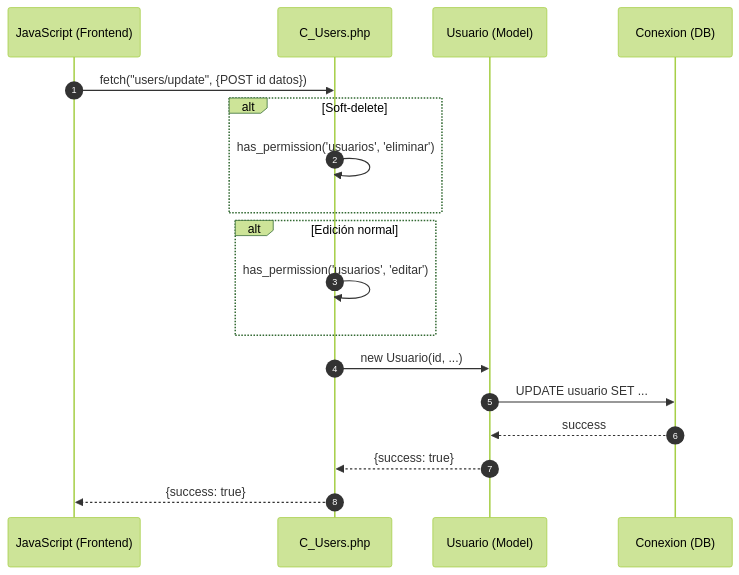
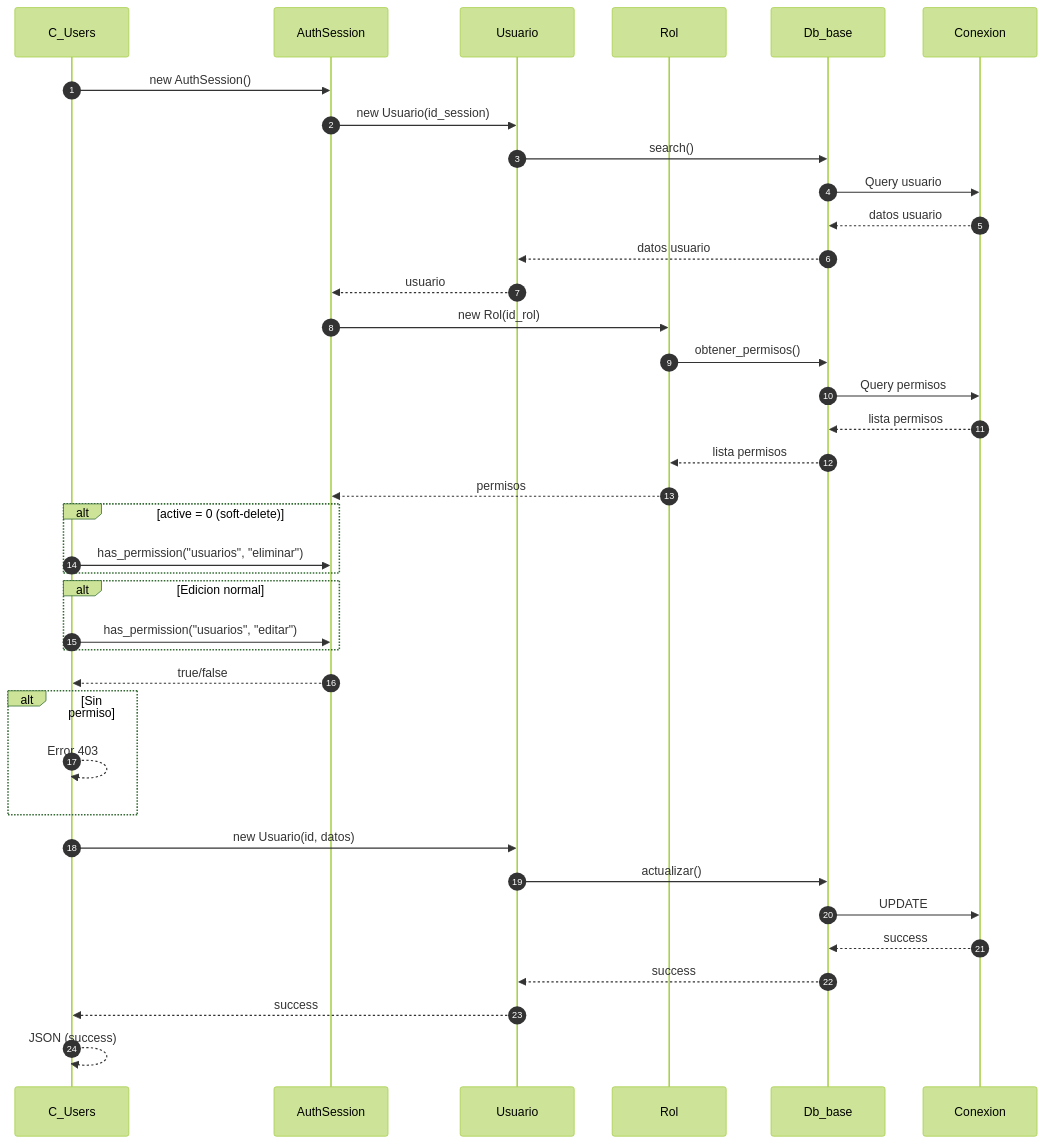
One commit to Tecrato/BurgerHouse changed the third of 6 diagrams in docs/secuencia/usuarios/usuarios.md. Above: the diagram before and after it, drawn with Mermaid (forest theme). The commit also changed other lines of this file and 13 other files, not shown here.

First line of the commit message:
diagramas actualizaos

````diff
--- a/docs/secuencia/usuarios/usuarios.md
+++ b/docs/secuencia/usuarios/usuarios.md
@@ -60,25 +94,48 @@
 ```mermaid
 sequenceDiagram
     autonumber
-    participant JS as JavaScript (Frontend)
-    participant C_Users as C_Users.php
-    participant Usuario as Usuario (Model)
-    participant DB as Conexion (DB)
+    participant C_Users as C_Users
+    participant AuthSession as AuthSession
+    participant Usuario as Usuario
+    participant Rol as Rol
+    participant Db_base as Db_base
+    participant Conexion as Conexion
     
-    JS->>C_Users: fetch("users/update", {POST id datos})
+    C_Users->>AuthSession: new AuthSession()
+    AuthSession->>Usuario: new Usuario(id_session)
+    Usuario->>Db_base: search()
+    Db_base->>Conexion: Query usuario
+    Conexion-->>Db_base: datos usuario
+    Db_base-->>Usuario: datos usuario
+    Usuario-->>AuthSession: usuario
     
-    alt Soft-delete
-        C_Users->>C_Users: has_permission('usuarios', 'eliminar')
+    AuthSession->>Rol: new Rol(id_rol)
+    Rol->>Db_base: obtener_permisos()
+    Db_base->>Conexion: Query permisos
+    Conexion-->>Db_base: lista permisos
+    Db_base-->>Rol: lista permisos
+    Rol-->>AuthSession: permisos
+    
+    alt active = 0 (soft-delete)
+        C_Users->>AuthSession: has_permission("usuarios", "eliminar")
     end
     
-    alt Edición normal
-        C_Users->>C_Users: has_permission('usuarios', 'editar')
+    alt Edicion normal
+        C_Users->>AuthSession: has_permission("usuarios", "editar")
     end
     
-    C_Users->>Usuario: new Usuario(id, ...)
-    Usuario->>DB: UPDATE usuario SET ...
-    DB-->>Usuario: success
-    Usuario-->>C_Users: {success: true}
+    AuthSession-->>C_Users: true/false
     
-    C_Users-->>JS: {success: true}
+    alt Sin permiso
+        C_Users-->>C_Users: Error 403
+    end
+    
+    C_Users->>Usuario: new Usuario(id, datos)
+    Usuario->>Db_base: actualizar()
+    Db_base->>Conexion: UPDATE
+    Conexion-->>Db_base: success
+    Db_base-->>Usuario: success
+    Usuario-->>C_Users: success
+    
+    C_Users-->>C_Users: JSON (success)
 ```
````
